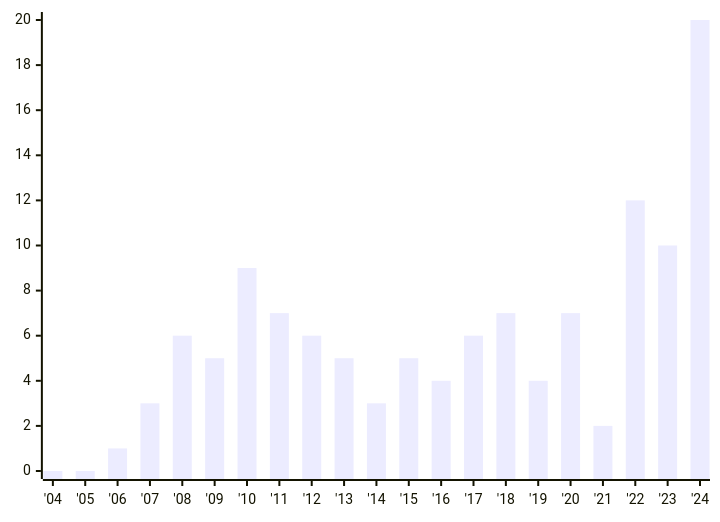
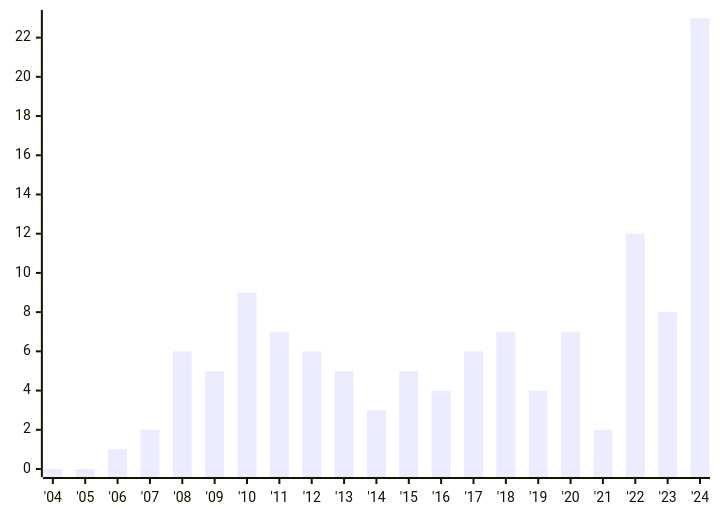
One commit to austrellum/navigator changed the second of 4 diagrams in index.stats.md. Above: the diagram before and after it, drawn with Mermaid. The commit also changed other lines of this file and 8 other files, not shown here.

````diff
--- a/index.stats.md
+++ b/index.stats.md
@@ -18,6 +18,6 @@
 ```mermaid
 xychart-beta
   x-axis ["'04","'05","'06","'07","'08","'09","'10","'11","'12","'13","'14","'15","'16","'17","'18","'19","'20","'21","'22","'23","'24"]
-  y-axis 0 --> 20
-  bar [0,0,1,3,6,5,9,7,6,5,3,5,4,6,7,4,7,2,12,10,20]
+  y-axis 0 --> 23
+  bar [0,0,1,2,6,5,9,7,6,5,3,5,4,6,7,4,7,2,12,8,23]
 ```
````
